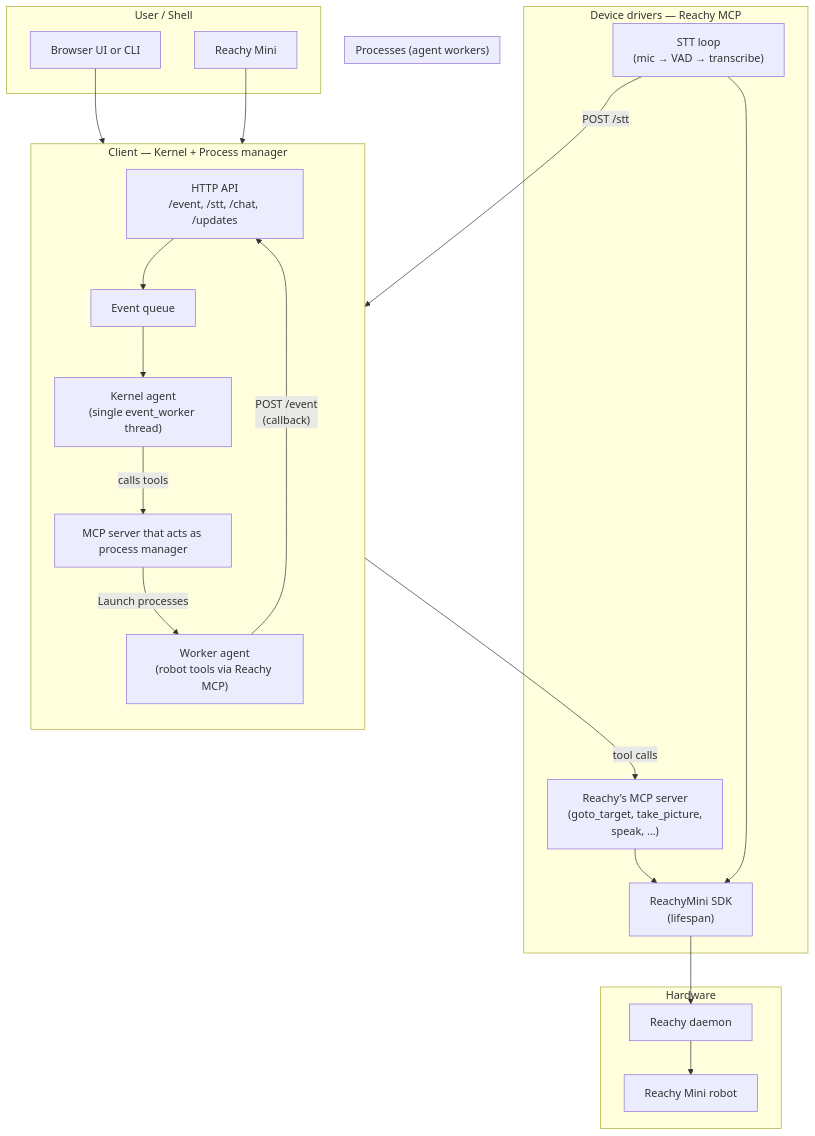
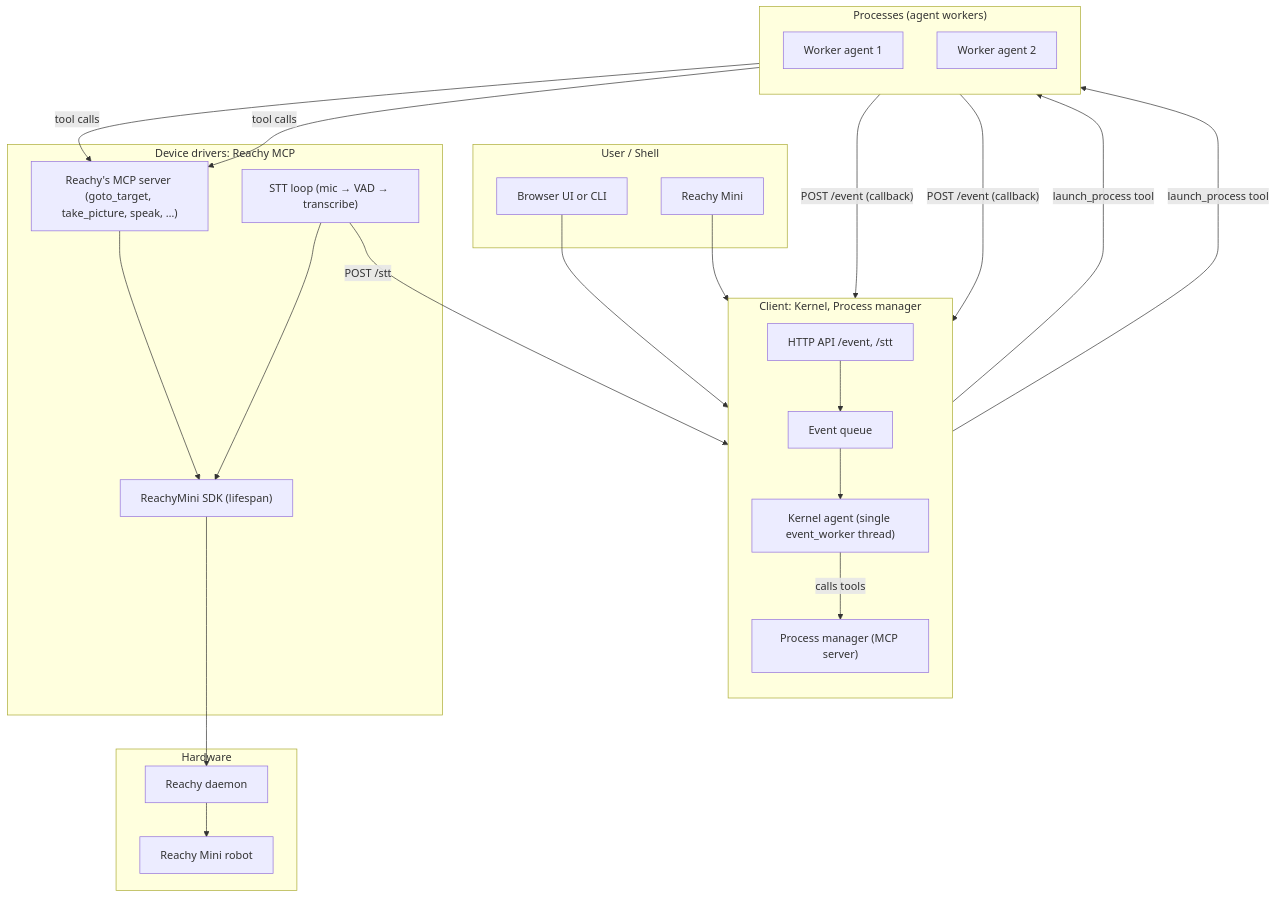
The diagram in docs/architecture.md (lilyjge/reachy-mcp), drawn with Mermaid before and after one commit.

Commit message:
Update architecture diagram

````diff
--- a/docs/architecture.md
+++ b/docs/architecture.md
@@ -5,45 +5,53 @@
 ```mermaid
 flowchart TB
     subgraph User["User / Shell"]
         Reachy["Reachy Mini"]
         Chat["Browser UI or CLI"]
     end
 
-    subgraph Client["Client — Kernel + Process manager"]
+    subgraph Client["Client: Kernel, Process manager"]
         direction TB
-        API["HTTP API\n/event, /stt, /chat, /updates"]
+        API["HTTP API /event, /stt"]
         Queue["Event queue"]
-        Kernel["Kernel agent\n(single event_worker thread)"]
-        ProcMCP["MCP server that acts as process manager"]
+        Kernel["Kernel agent (single event_worker thread)"]
+        ProcMCP["Process manager (MCP server)"]
         
         API --> Queue
         Queue --> Kernel
         Kernel -->|"calls tools"| ProcMCP
-        ProcMCP -->|"Launch processes"| Worker
     end
 
     subgraph Workers["Processes (agent workers)"]
-        Worker["Worker agent\n(robot tools via Reachy MCP)"]
+        direction TB
+        W1["Worker agent 1"]
+        W2["Worker agent 2"]
     end
 
-    subgraph Device["Device drivers — Reachy MCP"]
-        MCP["Reachy's MCP server\n(goto_target, take_picture,\nspeak, …)"]
-        STT["STT loop\n(mic → VAD → transcribe)"]
-        Mini["ReachyMini SDK\n(lifespan)"]
+    subgraph Device["Device drivers: Reachy MCP"]
+        MCP["Reachy's MCP server (goto_target, take_picture, speak, …)"]
+        STT["STT loop (mic → VAD → transcribe)"]
+        Mini["ReachyMini SDK (lifespan)"]
         MCP --> Mini
         STT --> Mini
     end
 
     subgraph HW["Hardware"]
         Daemon["Reachy daemon"]
         Robot["Reachy Mini robot"]
         Daemon --> Robot
     end
 
+    ProcMCP -->|"launch_process" tool | W1
+    ProcMCP -->|"launch_process" tool | W2
+
+    W1 -->|"tool calls"| MCP
+    W2 -->|"tool calls"| MCP
+
+    W1 -->|"POST /event (callback)"| API
+    W2 -->|"POST /event (callback)"| API
+
     Chat --> API
     Reachy --> API
     STT -->|"POST /stt"| API
-    Worker -->|"POST /event\n(callback)"| API
-    Worker -->|"tool calls"| MCP
     Mini --> Daemon
 ```
````
